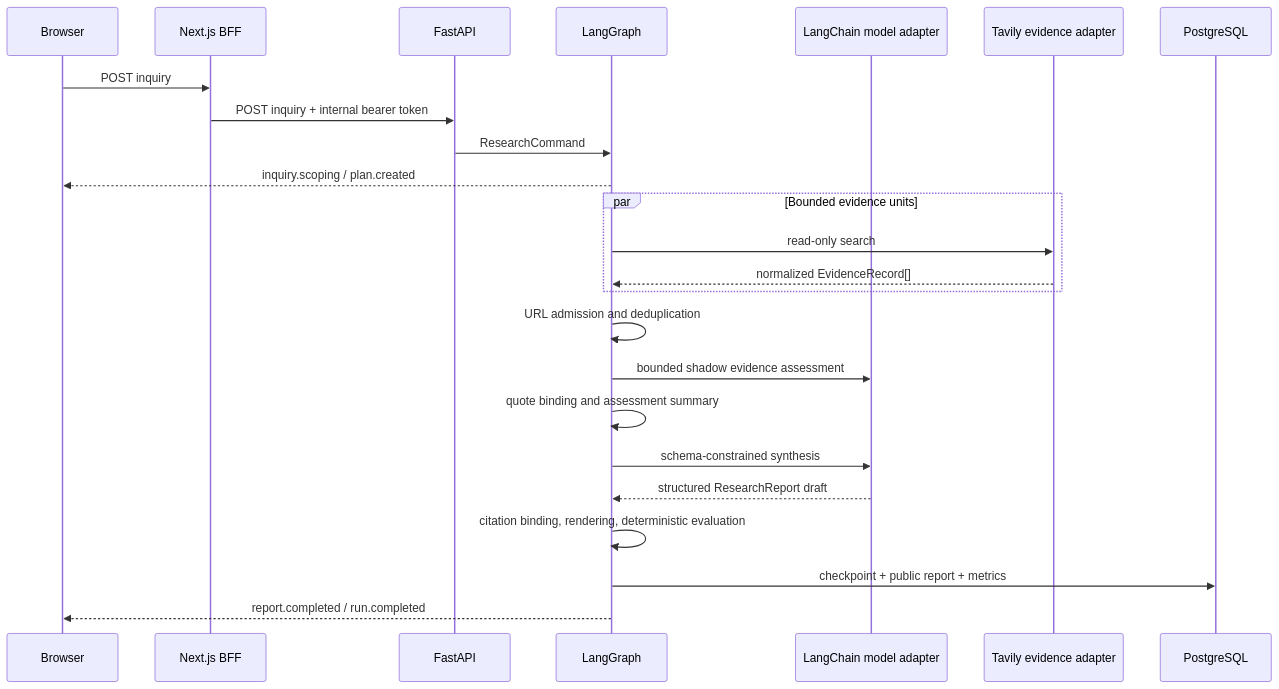
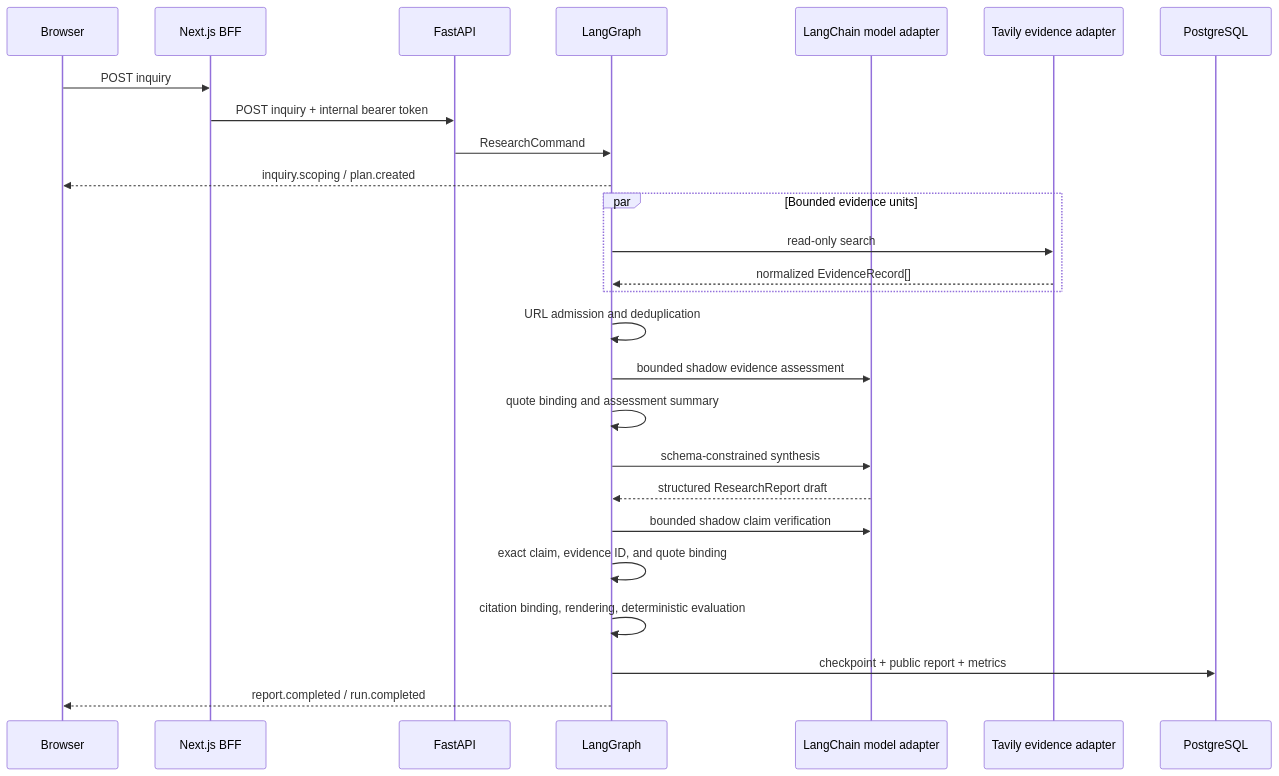
One commit to ChrBoebel/Abundance changed the first of 2 diagrams in docs/architecture.md. Above: the diagram before and after it, drawn with Mermaid. The commit also changed other lines of this file and 28 other files, not shown here.

First line of the commit message:
feat(ai): add evaluated DeepSeek V4 claim verification (#13)

````diff
--- a/docs/architecture.md
+++ b/docs/architecture.md
@@ -9,27 +9,29 @@
 ```mermaid
 sequenceDiagram
     participant U as Browser
     participant N as Next.js BFF
     participant F as FastAPI
     participant G as LangGraph
     participant L as LangChain model adapter
     participant T as Tavily evidence adapter
     participant P as PostgreSQL
 
     U->>N: POST inquiry
     N->>F: POST inquiry + internal bearer token
     F->>G: ResearchCommand
     G-->>U: inquiry.scoping / plan.created
     par Bounded evidence units
         G->>T: read-only search
         T-->>G: normalized EvidenceRecord[]
     end
     G->>G: URL admission and deduplication
     G->>L: bounded shadow evidence assessment
     G->>G: quote binding and assessment summary
     G->>L: schema-constrained synthesis
     L-->>G: structured ResearchReport draft
+    G->>L: bounded shadow claim verification
+    G->>G: exact claim, evidence ID, and quote binding
     G->>G: citation binding, rendering, deterministic evaluation
     G->>P: checkpoint + public report + metrics
     G-->>U: report.completed / run.completed
 ```
````
